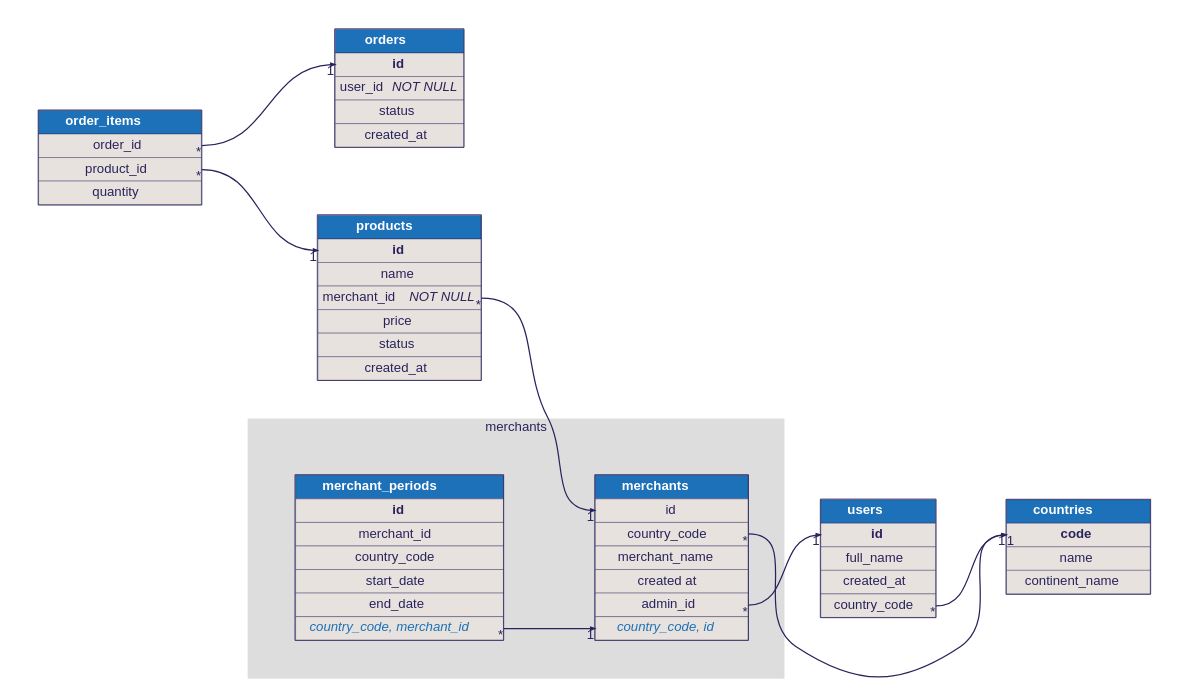
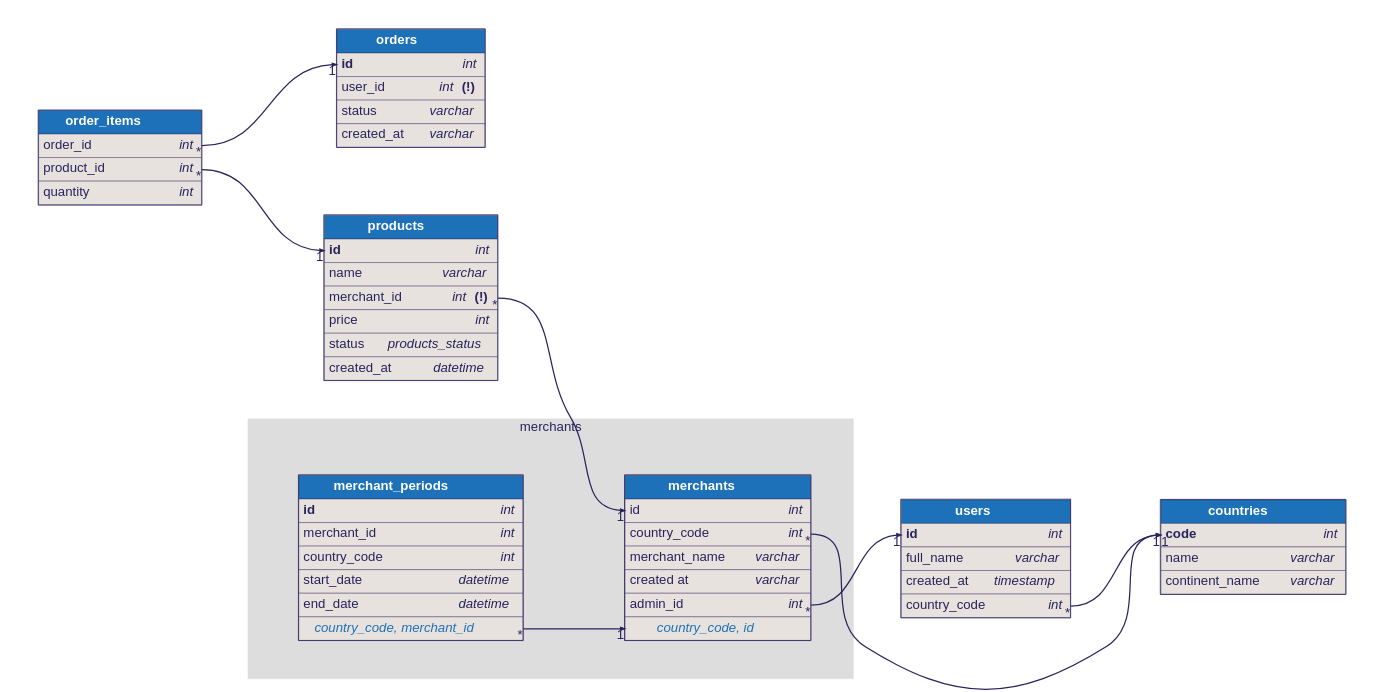
The diagram in examples/merchants.dbml.dot (softwaretechnik-berlin/dbml-renderer), drawn with Graphviz before and after one commit. The commit also changed 12 other files, not shown here.

```diff
--- a/examples/merchants.dbml.dot
+++ b/examples/merchants.dbml.dot
@@ -12,64 +12,302 @@
 
       "merchants" [id=merchants;label=<<TABLE BORDER="2" COLOR="#29235c" CELLBORDER="1" CELLSPACING="0" CELLPADDING="10" >
       <TR><TD PORT="f0" WIDTH="150" BGCOLOR="#1d71b8"><font color="#ffffff"><B>       merchants       </B></font></TD></TR>
-<TR><TD PORT="f1" BGCOLOR="#e7e2dd">id</TD></TR>
-<TR><TD PORT="f2" BGCOLOR="#e7e2dd">country_code</TD></TR>
-<TR><TD PORT="f3" BGCOLOR="#e7e2dd">merchant_name</TD></TR>
-<TR><TD PORT="f4" BGCOLOR="#e7e2dd">created at</TD></TR>
-<TR><TD PORT="f5" BGCOLOR="#e7e2dd">admin_id</TD></TR>
-<TR><TD PORT="f6" BGCOLOR="#e7e2dd"><font color="#1d71b8"><i>country_code, id</i></font></TD></TR>
+<TR><TD ALIGN="left" PORT="f1" BGCOLOR="#e7e2dd">
+      <TABLE CELLPADDING="0" CELLSPACING="0" BORDER="0">
+        <TR>
+          <TD ALIGN="LEFT">id<FONT>    </FONT></TD>
+          <TD ALIGN="RIGHT"><font><i>int</i></font></TD>
+        </TR>
+      </TABLE>
+    </TD></TR>
+<TR><TD ALIGN="left" PORT="f2" BGCOLOR="#e7e2dd">
+      <TABLE CELLPADDING="0" CELLSPACING="0" BORDER="0">
+        <TR>
+          <TD ALIGN="LEFT">country_code<FONT>    </FONT></TD>
+          <TD ALIGN="RIGHT"><font><i>int</i></font></TD>
+        </TR>
+      </TABLE>
+    </TD></TR>
+<TR><TD ALIGN="left" PORT="f3" BGCOLOR="#e7e2dd">
+      <TABLE CELLPADDING="0" CELLSPACING="0" BORDER="0">
+        <TR>
+          <TD ALIGN="LEFT">merchant_name<FONT>    </FONT></TD>
+          <TD ALIGN="RIGHT"><font><i>varchar</i></font></TD>
+        </TR>
+      </TABLE>
+    </TD></TR>
+<TR><TD ALIGN="left" PORT="f4" BGCOLOR="#e7e2dd">
+      <TABLE CELLPADDING="0" CELLSPACING="0" BORDER="0">
+        <TR>
+          <TD ALIGN="LEFT">created at<FONT>    </FONT></TD>
+          <TD ALIGN="RIGHT"><font><i>varchar</i></font></TD>
+        </TR>
+      </TABLE>
+    </TD></TR>
+<TR><TD ALIGN="left" PORT="f5" BGCOLOR="#e7e2dd">
+      <TABLE CELLPADDING="0" CELLSPACING="0" BORDER="0">
+        <TR>
+          <TD ALIGN="LEFT">admin_id<FONT>    </FONT></TD>
+          <TD ALIGN="RIGHT"><font><i>int</i></font></TD>
+        </TR>
+      </TABLE>
+    </TD></TR>
+<TR><TD PORT="f6" BGCOLOR="#e7e2dd"><font color="#1d71b8"><i>    country_code, id    </i></font></TD></TR>
     </TABLE>>];
 "merchant_periods" [id=merchant_periods;label=<<TABLE BORDER="2" COLOR="#29235c" CELLBORDER="1" CELLSPACING="0" CELLPADDING="10" >
       <TR><TD PORT="f0" WIDTH="150" BGCOLOR="#1d71b8"><font color="#ffffff"><B>       merchant_periods       </B></font></TD></TR>
-<TR><TD PORT="f1" BGCOLOR="#e7e2dd"><b>id</b></TD></TR>
-<TR><TD PORT="f2" BGCOLOR="#e7e2dd">merchant_id</TD></TR>
-<TR><TD PORT="f3" BGCOLOR="#e7e2dd">country_code</TD></TR>
-<TR><TD PORT="f4" BGCOLOR="#e7e2dd">start_date</TD></TR>
-<TR><TD PORT="f5" BGCOLOR="#e7e2dd">end_date</TD></TR>
-<TR><TD PORT="f6" BGCOLOR="#e7e2dd"><font color="#1d71b8"><i>country_code, merchant_id</i></font></TD></TR>
+<TR><TD ALIGN="left" PORT="f1" BGCOLOR="#e7e2dd">
+      <TABLE CELLPADDING="0" CELLSPACING="0" BORDER="0">
+        <TR>
+          <TD ALIGN="LEFT"><b>id</b><FONT>    </FONT></TD>
+          <TD ALIGN="RIGHT"><font><i>int</i></font></TD>
+        </TR>
+      </TABLE>
+    </TD></TR>
+<TR><TD ALIGN="left" PORT="f2" BGCOLOR="#e7e2dd">
+      <TABLE CELLPADDING="0" CELLSPACING="0" BORDER="0">
+        <TR>
+          <TD ALIGN="LEFT">merchant_id<FONT>    </FONT></TD>
+          <TD ALIGN="RIGHT"><font><i>int</i></font></TD>
+        </TR>
+      </TABLE>
+    </TD></TR>
+<TR><TD ALIGN="left" PORT="f3" BGCOLOR="#e7e2dd">
+      <TABLE CELLPADDING="0" CELLSPACING="0" BORDER="0">
+        <TR>
+          <TD ALIGN="LEFT">country_code<FONT>    </FONT></TD>
+          <TD ALIGN="RIGHT"><font><i>int</i></font></TD>
+        </TR>
+      </TABLE>
+    </TD></TR>
+<TR><TD ALIGN="left" PORT="f4" BGCOLOR="#e7e2dd">
+      <TABLE CELLPADDING="0" CELLSPACING="0" BORDER="0">
+        <TR>
+          <TD ALIGN="LEFT">start_date<FONT>    </FONT></TD>
+          <TD ALIGN="RIGHT"><font><i>datetime</i></font></TD>
+        </TR>
+      </TABLE>
+    </TD></TR>
+<TR><TD ALIGN="left" PORT="f5" BGCOLOR="#e7e2dd">
+      <TABLE CELLPADDING="0" CELLSPACING="0" BORDER="0">
+        <TR>
+          <TD ALIGN="LEFT">end_date<FONT>    </FONT></TD>
+          <TD ALIGN="RIGHT"><font><i>datetime</i></font></TD>
+        </TR>
+      </TABLE>
+    </TD></TR>
+<TR><TD PORT="f6" BGCOLOR="#e7e2dd"><font color="#1d71b8"><i>    country_code, merchant_id    </i></font></TD></TR>
     </TABLE>>];
     }
       "users" [id=users;label=<<TABLE BORDER="2" COLOR="#29235c" CELLBORDER="1" CELLSPACING="0" CELLPADDING="10" >
       <TR><TD PORT="f0" WIDTH="150" BGCOLOR="#1d71b8"><font color="#ffffff"><B>       users       </B></font></TD></TR>
-<TR><TD PORT="f1" BGCOLOR="#e7e2dd"><b>id</b></TD></TR>
-<TR><TD PORT="f2" BGCOLOR="#e7e2dd">full_name</TD></TR>
-<TR><TD PORT="f3" BGCOLOR="#e7e2dd">created_at</TD></TR>
-<TR><TD PORT="f4" BGCOLOR="#e7e2dd">country_code</TD></TR>
+<TR><TD ALIGN="left" PORT="f1" BGCOLOR="#e7e2dd">
+      <TABLE CELLPADDING="0" CELLSPACING="0" BORDER="0">
+        <TR>
+          <TD ALIGN="LEFT"><b>id</b><FONT>    </FONT></TD>
+          <TD ALIGN="RIGHT"><font><i>int</i></font></TD>
+        </TR>
+      </TABLE>
+    </TD></TR>
+<TR><TD ALIGN="left" PORT="f2" BGCOLOR="#e7e2dd">
+      <TABLE CELLPADDING="0" CELLSPACING="0" BORDER="0">
+        <TR>
+          <TD ALIGN="LEFT">full_name<FONT>    </FONT></TD>
+          <TD ALIGN="RIGHT"><font><i>varchar</i></font></TD>
+        </TR>
+      </TABLE>
+    </TD></TR>
+<TR><TD ALIGN="left" PORT="f3" BGCOLOR="#e7e2dd">
+      <TABLE CELLPADDING="0" CELLSPACING="0" BORDER="0">
+        <TR>
+          <TD ALIGN="LEFT">created_at<FONT>    </FONT></TD>
+          <TD ALIGN="RIGHT"><font><i>timestamp</i></font></TD>
+        </TR>
+      </TABLE>
+    </TD></TR>
+<TR><TD ALIGN="left" PORT="f4" BGCOLOR="#e7e2dd">
+      <TABLE CELLPADDING="0" CELLSPACING="0" BORDER="0">
+        <TR>
+          <TD ALIGN="LEFT">country_code<FONT>    </FONT></TD>
+          <TD ALIGN="RIGHT"><font><i>int</i></font></TD>
+        </TR>
+      </TABLE>
+    </TD></TR>
     </TABLE>>];
 "users" [id=users;label=<<TABLE BORDER="2" COLOR="#29235c" CELLBORDER="1" CELLSPACING="0" CELLPADDING="10" >
       <TR><TD PORT="f0" WIDTH="150" BGCOLOR="#1d71b8"><font color="#ffffff"><B>       users       </B></font></TD></TR>
-<TR><TD PORT="f1" BGCOLOR="#e7e2dd"><b>id</b></TD></TR>
-<TR><TD PORT="f2" BGCOLOR="#e7e2dd">full_name</TD></TR>
-<TR><TD PORT="f3" BGCOLOR="#e7e2dd">created_at</TD></TR>
-<TR><TD PORT="f4" BGCOLOR="#e7e2dd">country_code</TD></TR>
+<TR><TD ALIGN="left" PORT="f1" BGCOLOR="#e7e2dd">
+      <TABLE CELLPADDING="0" CELLSPACING="0" BORDER="0">
+        <TR>
+          <TD ALIGN="LEFT"><b>id</b><FONT>    </FONT></TD>
+          <TD ALIGN="RIGHT"><font><i>int</i></font></TD>
+        </TR>
+      </TABLE>
+    </TD></TR>
+<TR><TD ALIGN="left" PORT="f2" BGCOLOR="#e7e2dd">
+      <TABLE CELLPADDING="0" CELLSPACING="0" BORDER="0">
+        <TR>
+          <TD ALIGN="LEFT">full_name<FONT>    </FONT></TD>
+          <TD ALIGN="RIGHT"><font><i>varchar</i></font></TD>
+        </TR>
+      </TABLE>
+    </TD></TR>
+<TR><TD ALIGN="left" PORT="f3" BGCOLOR="#e7e2dd">
+      <TABLE CELLPADDING="0" CELLSPACING="0" BORDER="0">
+        <TR>
+          <TD ALIGN="LEFT">created_at<FONT>    </FONT></TD>
+          <TD ALIGN="RIGHT"><font><i>timestamp</i></font></TD>
+        </TR>
+      </TABLE>
+    </TD></TR>
+<TR><TD ALIGN="left" PORT="f4" BGCOLOR="#e7e2dd">
+      <TABLE CELLPADDING="0" CELLSPACING="0" BORDER="0">
+        <TR>
+          <TD ALIGN="LEFT">country_code<FONT>    </FONT></TD>
+          <TD ALIGN="RIGHT"><font><i>int</i></font></TD>
+        </TR>
+      </TABLE>
+    </TD></TR>
     </TABLE>>];
 "countries" [id=countries;label=<<TABLE BORDER="2" COLOR="#29235c" CELLBORDER="1" CELLSPACING="0" CELLPADDING="10" >
       <TR><TD PORT="f0" WIDTH="150" BGCOLOR="#1d71b8"><font color="#ffffff"><B>       countries       </B></font></TD></TR>
-<TR><TD PORT="f1" BGCOLOR="#e7e2dd"><b>code</b></TD></TR>
-<TR><TD PORT="f2" BGCOLOR="#e7e2dd">name</TD></TR>
-<TR><TD PORT="f3" BGCOLOR="#e7e2dd">continent_name</TD></TR>
+<TR><TD ALIGN="left" PORT="f1" BGCOLOR="#e7e2dd">
+      <TABLE CELLPADDING="0" CELLSPACING="0" BORDER="0">
+        <TR>
+          <TD ALIGN="LEFT"><b>code</b><FONT>    </FONT></TD>
+          <TD ALIGN="RIGHT"><font><i>int</i></font></TD>
+        </TR>
+      </TABLE>
+    </TD></TR>
+<TR><TD ALIGN="left" PORT="f2" BGCOLOR="#e7e2dd">
+      <TABLE CELLPADDING="0" CELLSPACING="0" BORDER="0">
+        <TR>
+          <TD ALIGN="LEFT">name<FONT>    </FONT></TD>
+          <TD ALIGN="RIGHT"><font><i>varchar</i></font></TD>
+        </TR>
+      </TABLE>
+    </TD></TR>
+<TR><TD ALIGN="left" PORT="f3" BGCOLOR="#e7e2dd">
+      <TABLE CELLPADDING="0" CELLSPACING="0" BORDER="0">
+        <TR>
+          <TD ALIGN="LEFT">continent_name<FONT>    </FONT></TD>
+          <TD ALIGN="RIGHT"><font><i>varchar</i></font></TD>
+        </TR>
+      </TABLE>
+    </TD></TR>
     </TABLE>>];
 "order_items" [id=order_items;label=<<TABLE BORDER="2" COLOR="#29235c" CELLBORDER="1" CELLSPACING="0" CELLPADDING="10" >
       <TR><TD PORT="f0" WIDTH="150" BGCOLOR="#1d71b8"><font color="#ffffff"><B>       order_items       </B></font></TD></TR>
-<TR><TD PORT="f1" BGCOLOR="#e7e2dd">order_id</TD></TR>
-<TR><TD PORT="f2" BGCOLOR="#e7e2dd">product_id</TD></TR>
-<TR><TD PORT="f3" BGCOLOR="#e7e2dd">quantity</TD></TR>
+<TR><TD ALIGN="left" PORT="f1" BGCOLOR="#e7e2dd">
+      <TABLE CELLPADDING="0" CELLSPACING="0" BORDER="0">
+        <TR>
+          <TD ALIGN="LEFT">order_id<FONT>    </FONT></TD>
+          <TD ALIGN="RIGHT"><font><i>int</i></font></TD>
+        </TR>
+      </TABLE>
+    </TD></TR>
+<TR><TD ALIGN="left" PORT="f2" BGCOLOR="#e7e2dd">
+      <TABLE CELLPADDING="0" CELLSPACING="0" BORDER="0">
+        <TR>
+          <TD ALIGN="LEFT">product_id<FONT>    </FONT></TD>
+          <TD ALIGN="RIGHT"><font><i>int</i></font></TD>
+        </TR>
+      </TABLE>
+    </TD></TR>
+<TR><TD ALIGN="left" PORT="f3" BGCOLOR="#e7e2dd">
+      <TABLE CELLPADDING="0" CELLSPACING="0" BORDER="0">
+        <TR>
+          <TD ALIGN="LEFT">quantity<FONT>    </FONT></TD>
+          <TD ALIGN="RIGHT"><font><i>int</i></font></TD>
+        </TR>
+      </TABLE>
+    </TD></TR>
     </TABLE>>];
 "orders" [id=orders;label=<<TABLE BORDER="2" COLOR="#29235c" CELLBORDER="1" CELLSPACING="0" CELLPADDING="10" >
       <TR><TD PORT="f0" WIDTH="150" BGCOLOR="#1d71b8"><font color="#ffffff"><B>       orders       </B></font></TD></TR>
-<TR><TD PORT="f1" BGCOLOR="#e7e2dd"><b>id</b></TD></TR>
-<TR><TD PORT="f2" BGCOLOR="#e7e2dd">user_id <i>NOT NULL</i></TD></TR>
-<TR><TD PORT="f3" BGCOLOR="#e7e2dd">status</TD></TR>
-<TR><TD PORT="f4" BGCOLOR="#e7e2dd">created_at</TD></TR>
+<TR><TD ALIGN="left" PORT="f1" BGCOLOR="#e7e2dd">
+      <TABLE CELLPADDING="0" CELLSPACING="0" BORDER="0">
+        <TR>
+          <TD ALIGN="LEFT"><b>id</b><FONT>    </FONT></TD>
+          <TD ALIGN="RIGHT"><font><i>int</i></font></TD>
+        </TR>
+      </TABLE>
+    </TD></TR>
+<TR><TD ALIGN="left" PORT="f2" BGCOLOR="#e7e2dd">
+      <TABLE CELLPADDING="0" CELLSPACING="0" BORDER="0">
+        <TR>
+          <TD ALIGN="LEFT">user_id<FONT>    </FONT></TD>
+          <TD ALIGN="RIGHT"><font><i>int</i> <b>(!)</b></font></TD>
+        </TR>
+      </TABLE>
+    </TD></TR>
+<TR><TD ALIGN="left" PORT="f3" BGCOLOR="#e7e2dd">
+      <TABLE CELLPADDING="0" CELLSPACING="0" BORDER="0">
+        <TR>
+          <TD ALIGN="LEFT">status<FONT>    </FONT></TD>
+          <TD ALIGN="RIGHT"><font><i>varchar</i></font></TD>
+        </TR>
+      </TABLE>
+    </TD></TR>
+<TR><TD ALIGN="left" PORT="f4" BGCOLOR="#e7e2dd">
+      <TABLE CELLPADDING="0" CELLSPACING="0" BORDER="0">
+        <TR>
+          <TD ALIGN="LEFT">created_at<FONT>    </FONT></TD>
+          <TD ALIGN="RIGHT"><font><i>varchar</i></font></TD>
+        </TR>
+      </TABLE>
+    </TD></TR>
     </TABLE>>];
 "products" [id=products;label=<<TABLE BORDER="2" COLOR="#29235c" CELLBORDER="1" CELLSPACING="0" CELLPADDING="10" >
       <TR><TD PORT="f0" WIDTH="150" BGCOLOR="#1d71b8"><font color="#ffffff"><B>       products       </B></font></TD></TR>
-<TR><TD PORT="f1" BGCOLOR="#e7e2dd"><b>id</b></TD></TR>
-<TR><TD PORT="f2" BGCOLOR="#e7e2dd">name</TD></TR>
-<TR><TD PORT="f3" BGCOLOR="#e7e2dd">merchant_id <i>NOT NULL</i></TD></TR>
-<TR><TD PORT="f4" BGCOLOR="#e7e2dd">price</TD></TR>
-<TR><TD PORT="f5" BGCOLOR="#e7e2dd">status</TD></TR>
-<TR><TD PORT="f6" BGCOLOR="#e7e2dd">created_at</TD></TR>
+<TR><TD ALIGN="left" PORT="f1" BGCOLOR="#e7e2dd">
+      <TABLE CELLPADDING="0" CELLSPACING="0" BORDER="0">
+        <TR>
+          <TD ALIGN="LEFT"><b>id</b><FONT>    </FONT></TD>
+          <TD ALIGN="RIGHT"><font><i>int</i></font></TD>
+        </TR>
+      </TABLE>
+    </TD></TR>
+<TR><TD ALIGN="left" PORT="f2" BGCOLOR="#e7e2dd">
+      <TABLE CELLPADDING="0" CELLSPACING="0" BORDER="0">
+        <TR>
+          <TD ALIGN="LEFT">name<FONT>    </FONT></TD>
+          <TD ALIGN="RIGHT"><font><i>varchar</i></font></TD>
+        </TR>
+      </TABLE>
+    </TD></TR>
+<TR><TD ALIGN="left" PORT="f3" BGCOLOR="#e7e2dd">
+      <TABLE CELLPADDING="0" CELLSPACING="0" BORDER="0">
+        <TR>
+          <TD ALIGN="LEFT">merchant_id<FONT>    </FONT></TD>
+          <TD ALIGN="RIGHT"><font><i>int</i> <b>(!)</b></font></TD>
+        </TR>
+      </TABLE>
+    </TD></TR>
+<TR><TD ALIGN="left" PORT="f4" BGCOLOR="#e7e2dd">
+      <TABLE CELLPADDING="0" CELLSPACING="0" BORDER="0">
+        <TR>
+          <TD ALIGN="LEFT">price<FONT>    </FONT></TD>
+          <TD ALIGN="RIGHT"><font><i>int</i></font></TD>
+        </TR>
+      </TABLE>
+    </TD></TR>
+<TR><TD ALIGN="left" PORT="f5" BGCOLOR="#e7e2dd">
+      <TABLE CELLPADDING="0" CELLSPACING="0" BORDER="0">
+        <TR>
+          <TD ALIGN="LEFT">status<FONT>    </FONT></TD>
+          <TD ALIGN="RIGHT"><font><i>products_status</i></font></TD>
+        </TR>
+      </TABLE>
+    </TD></TR>
+<TR><TD ALIGN="left" PORT="f6" BGCOLOR="#e7e2dd">
+      <TABLE CELLPADDING="0" CELLSPACING="0" BORDER="0">
+        <TR>
+          <TD ALIGN="LEFT">created_at<FONT>    </FONT></TD>
+          <TD ALIGN="RIGHT"><font><i>datetime</i></font></TD>
+        </TR>
+      </TABLE>
+    </TD></TR>
     </TABLE>>];
     
       users:f0 -> countries:f0 [style=invis, weight=100, color=red]
```
